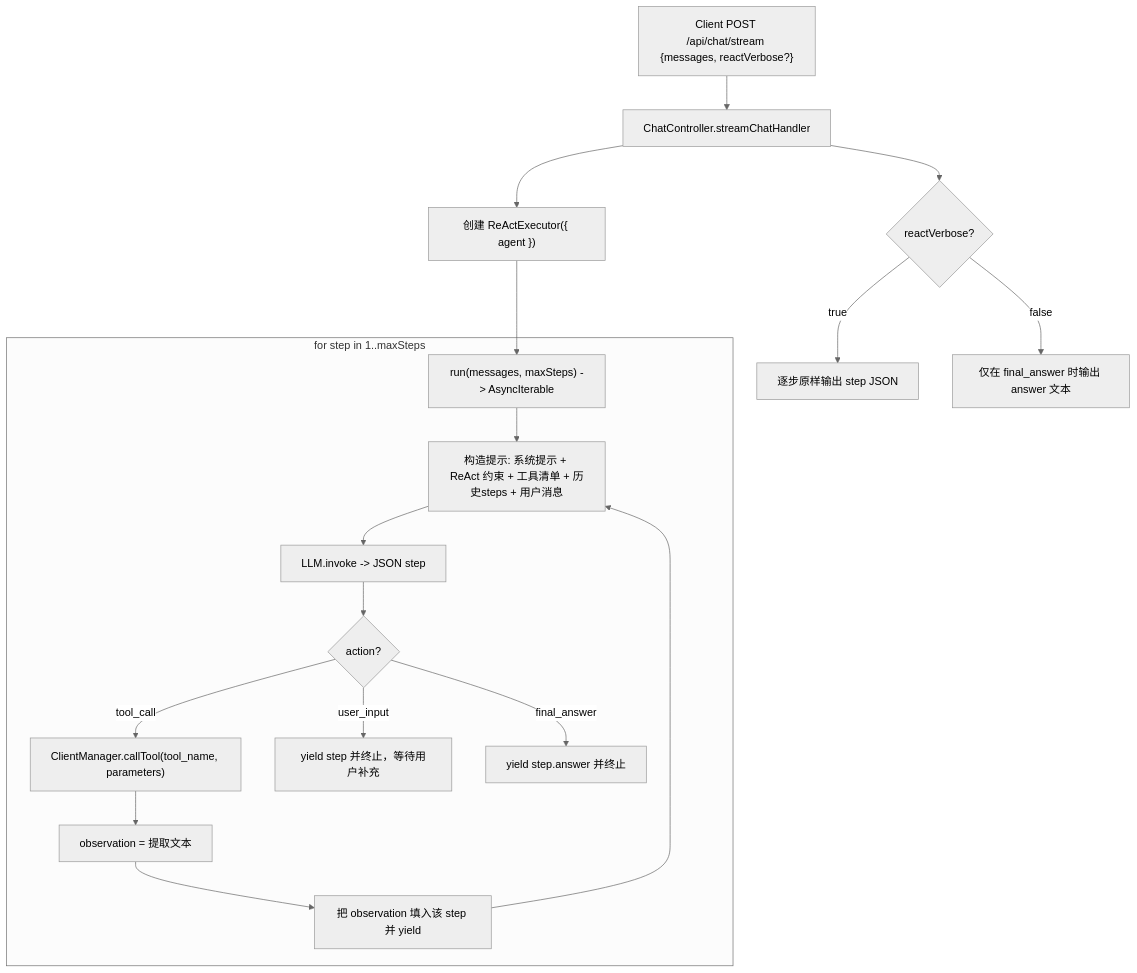
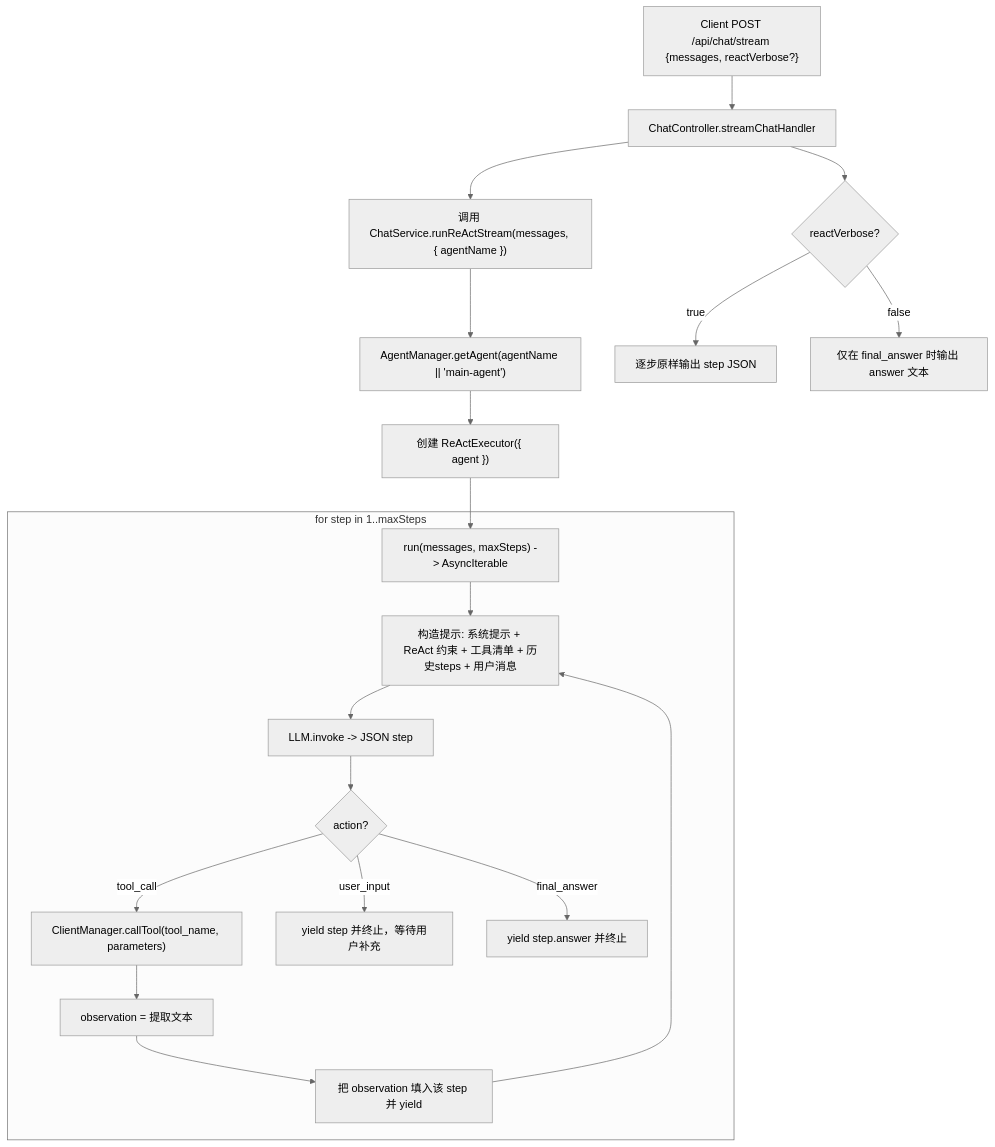
The diagram in docs/react-flow.md (seemrcola/bot-server), drawn with Mermaid (neutral theme) before and after one commit. The commit also changed other lines of this file and 2 other files, not shown here.

````diff
--- a/docs/react-flow.md
+++ b/docs/react-flow.md
@@ -29,22 +29,24 @@
 ```mermaid
 flowchart TD
   A["Client POST /api/chat/stream {messages, reactVerbose?}"] --> B["ChatController.streamChatHandler"]
-  B --> C["创建 ReActExecutor({ agent })"]
-  C --> D["run(messages, maxSteps) -> AsyncIterable"]
+  B --> C["调用 ChatService.runReActStream(messages, { agentName })"]
+  C --> C1["AgentManager.getAgent(agentName || 'main-agent')"]
+  C1 --> C2["创建 ReActExecutor({ agent })"]
+  C2 --> D["run(messages, maxSteps) -> AsyncIterable"]
 
   subgraph Loop["for step in 1..maxSteps"]
     D --> E["构造提示: 系统提示 + ReAct 约束 + 工具清单 + 历史steps + 用户消息"]
     E --> F["LLM.invoke -> JSON step"]
     F --> G{"action?"}
     G -- "tool_call" --> H["ClientManager.callTool(tool_name, parameters)"]
     H --> I["observation = 提取文本"]
     I --> J["把 observation 填入该 step 并 yield"]
     J --> E
     G -- "user_input" --> K["yield step 并终止，等待用户补充"]
     G -- "final_answer" --> L["yield step.answer 并终止"]
   end
 
   B --> M{"reactVerbose?"}
   M -- true --> N["逐步原样输出 step JSON"]
   M -- false --> O["仅在 final_answer 时输出 answer 文本"]
 ```
````
